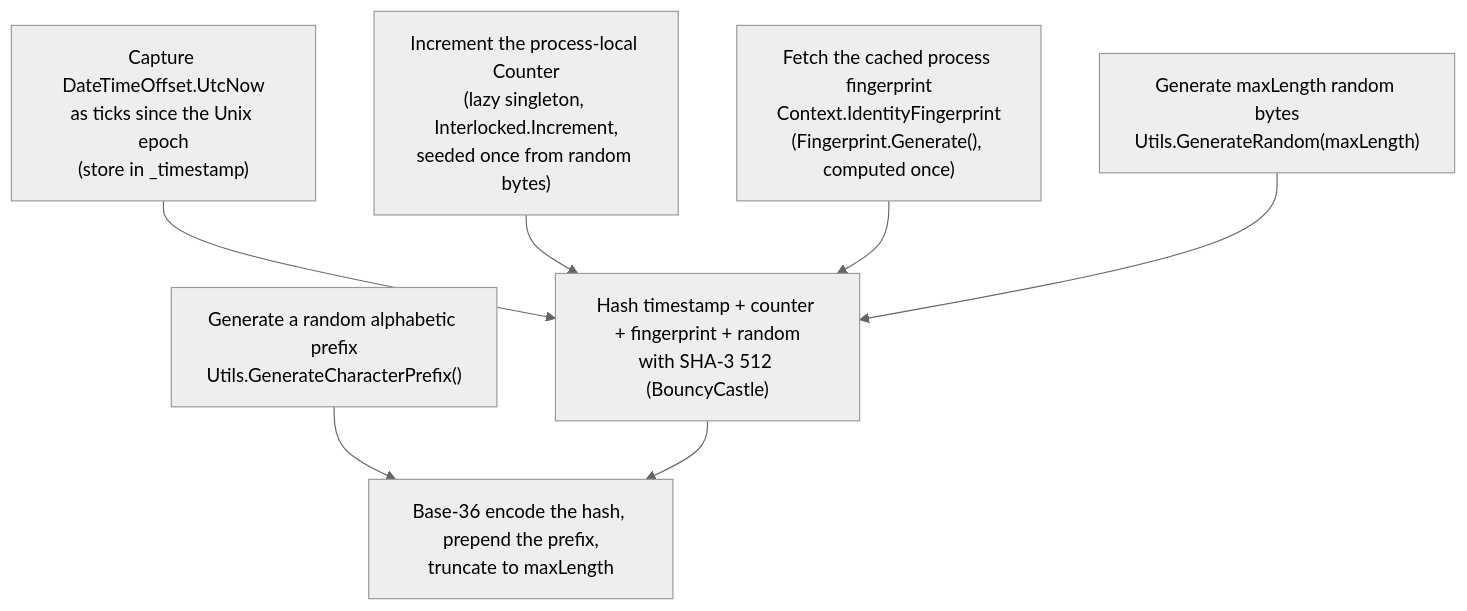
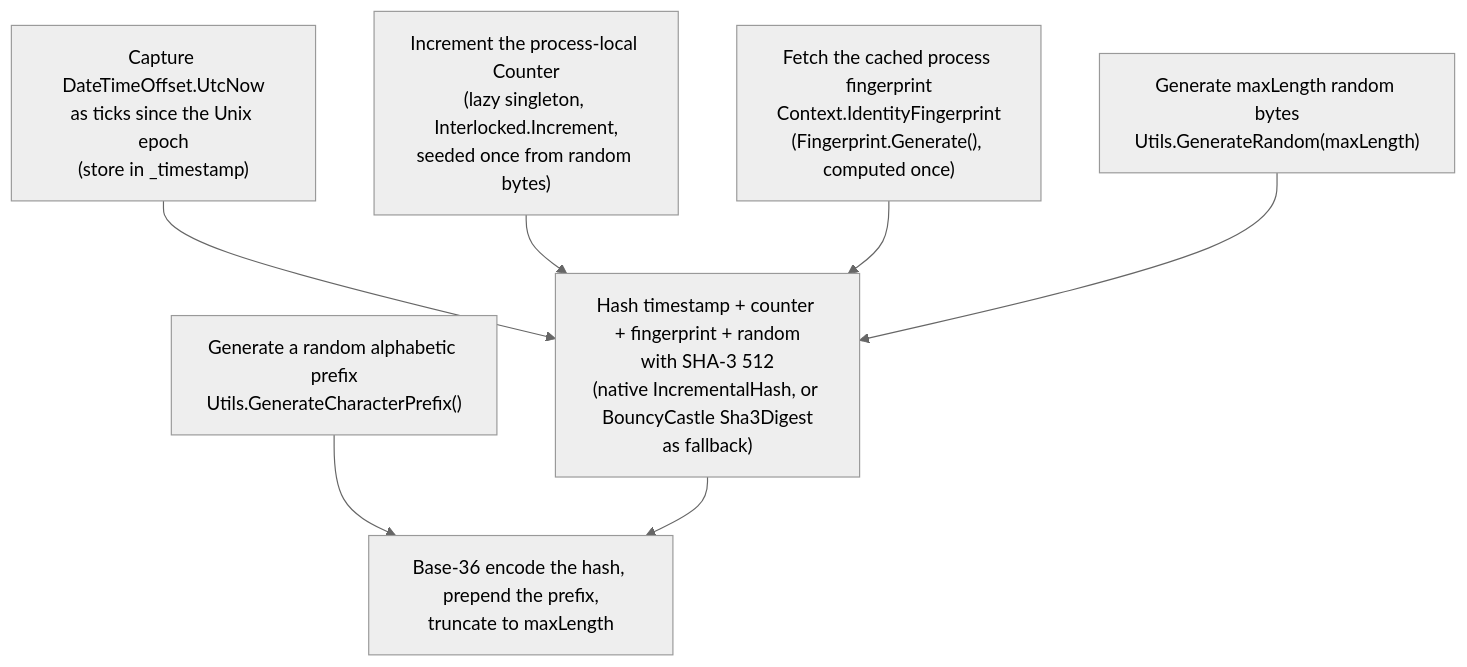
Before and after one commit to visus-io/cuid.net: the first of 2 diagrams in ARCHITECTURE.md, drawn with Mermaid (neutral theme). The commit also changed other lines of this file and 9 other files, not shown here.

Commit message:
feat(sha3): leverage native support (#275)

````diff
--- a/ARCHITECTURE.md
+++ b/ARCHITECTURE.md
@@ -55,17 +55,17 @@
 ```mermaid
 flowchart TD
     A["Capture DateTimeOffset.UtcNow\nas ticks since the Unix epoch\n(store in _timestamp)"]
     B["Increment the process-local Counter\n(lazy singleton, Interlocked.Increment,\nseeded once from random bytes)"]
     C["Fetch the cached process fingerprint\nContext.IdentityFingerprint\n(Fingerprint.Generate(), computed once)"]
     D["Generate a random alphabetic prefix\nUtils.GenerateCharacterPrefix()"]
     E["Generate maxLength random bytes\nUtils.GenerateRandom(maxLength)"]
-    F["Hash timestamp + counter + fingerprint + random\nwith SHA-3 512 (BouncyCastle)"]
+    F["Hash timestamp + counter + fingerprint + random\nwith SHA-3 512\n(native IncrementalHash, or BouncyCastle Sha3Digest\nas fallback)"]
     G["Base-36 encode the hash, prepend the prefix,\ntruncate to maxLength"]
 
     A --> F
     B --> F
     C --> F
     D --> G
     E --> F
     F --> G
 ```
````
